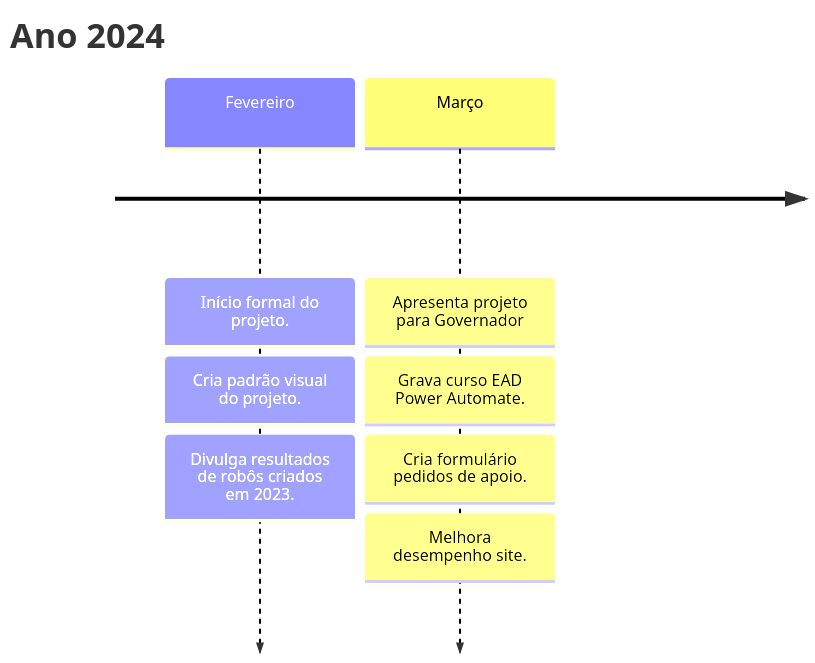
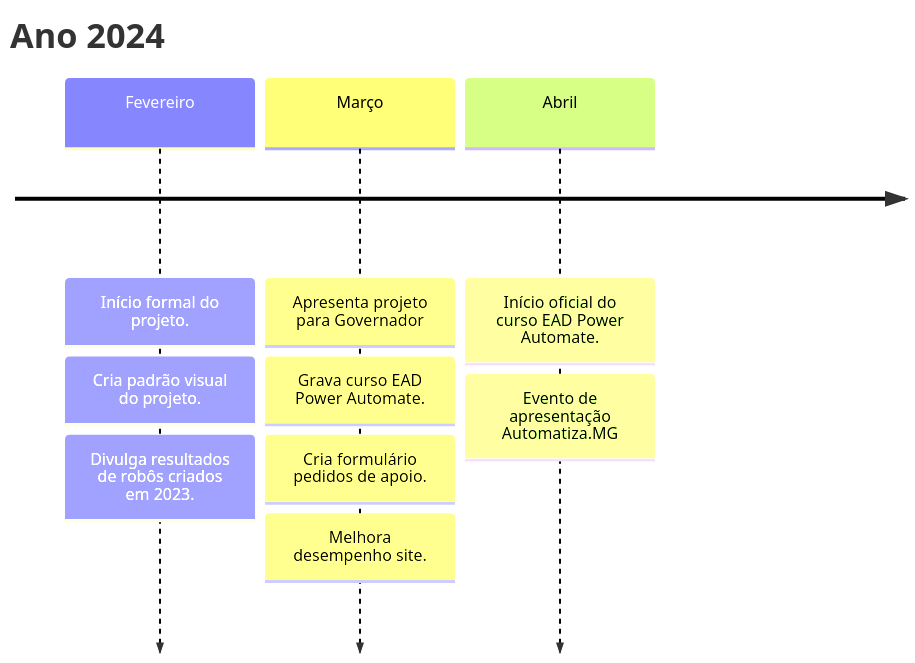
The first of 4 diagrams in docs/linha_do_tempo/automatiza_mg.md (automatiza-mg/handbook), drawn with Mermaid before and after one commit. The commit also changed other lines of this file, not shown here.

First line of the commit message:
Atualiza linha do tempo automatiza

````diff
--- a/docs/linha_do_tempo/automatiza_mg.md
+++ b/docs/linha_do_tempo/automatiza_mg.md
@@ -25,11 +25,13 @@
 ```mermaid
 timeline
     title Ano 2024
     Fevereiro: Início formal do projeto.
              : Cria padrão visual do projeto.
              : Divulga resultados de robôs criados em 2023.
     Março    : Apresenta projeto para Governador
              : Grava curso EAD Power Automate.
              : Cria formulário pedidos de apoio.
              : Melhora desempenho site.
+    Abril    : Início oficial do curso EAD Power Automate.
+             : Evento de apresentação Automatiza.MG
 ```
````
